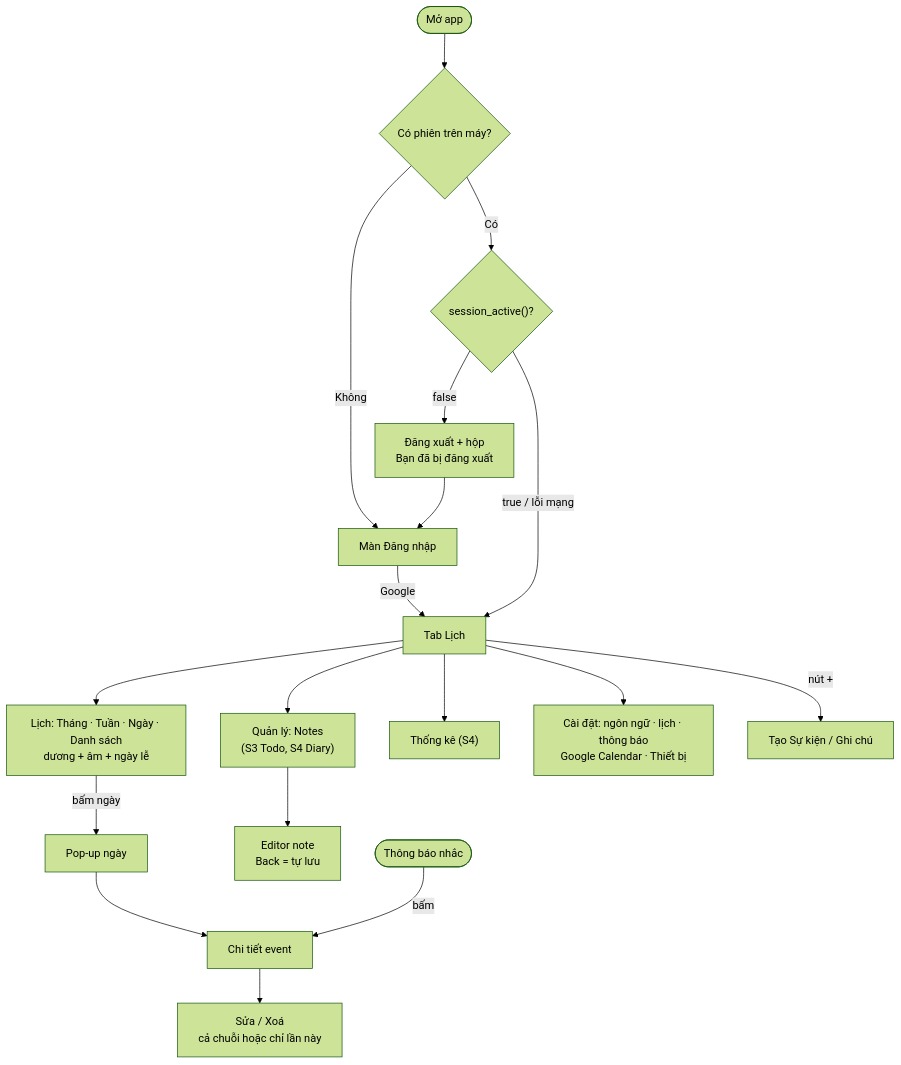
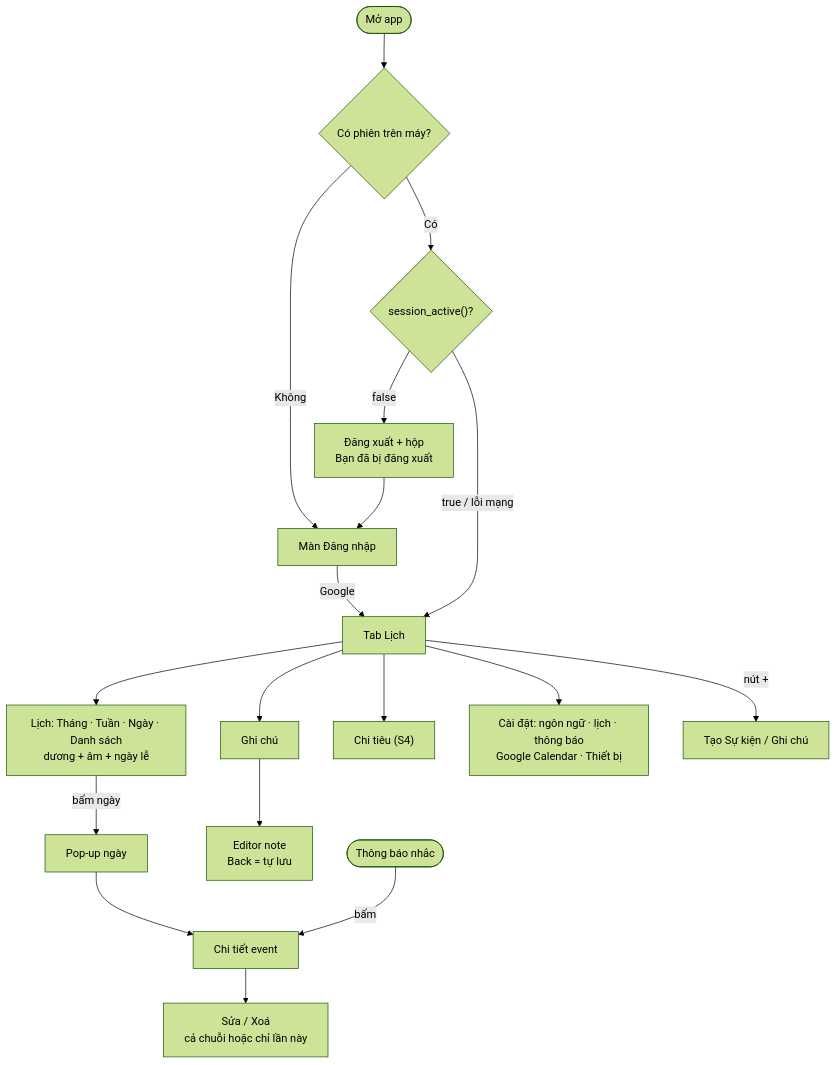
Before and after one commit to danhbuidcn/daynest: the diagram in docs/specs/architecture/user-flow.md, drawn with Mermaid (forest theme). The commit also changed 9 other files, not shown here.

Commit message:
docs: s3 spec and mockup — polish calendar and notes, drop todo/diary

````diff
--- a/docs/specs/architecture/user-flow.md
+++ b/docs/specs/architecture/user-flow.md
@@ -5,19 +5,19 @@
 ```mermaid
 flowchart TD
   Open(["Mở app"]) --> Local{"Có phiên trên máy?"}
   Local -->|Không| Login["Màn Đăng nhập"]
   Local -->|Có| Active{"session_active()?"}
   Active -->|false| Kicked["Đăng xuất + hộp<br/>Bạn đã bị đăng xuất"] --> Login
   Active -->|"true / lỗi mạng"| Tabs["Tab Lịch"]
   Login -->|"Google"| Tabs
 
   Tabs --> Cal["Lịch: Tháng · Tuần · Ngày · Danh sách<br/>dương + âm + ngày lễ"]
-  Tabs --> Manage["Quản lý: Notes<br/>(S3 Todo, S4 Diary)"]
-  Tabs --> Stats["Thống kê (S4)"]
+  Tabs --> Manage["Ghi chú"]
+  Tabs --> Stats["Chi tiêu (S4)"]
   Tabs --> Settings["Cài đặt: ngôn ngữ · lịch · thông báo<br/>Google Calendar · Thiết bị"]
 
   Cal -->|"bấm ngày"| DayPop["Pop-up ngày"] --> Detail["Chi tiết event"] --> Edit["Sửa / Xoá<br/>cả chuỗi hoặc chỉ lần này"]
   Tabs -->|"nút +"| Create["Tạo Sự kiện / Ghi chú"]
   Manage --> Editor["Editor note<br/>Back = tự lưu"]
   Push(["Thông báo nhắc"]) -->|bấm| Detail
 ```
````
